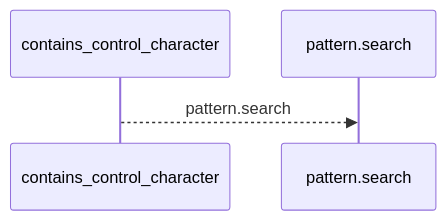
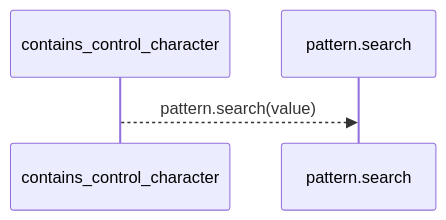
One commit to Denissvgn/python-wiki-llm changed the first of 2 diagrams in docs/llm_wiki/flows/api-contains_control_character.md. Above: the diagram before and after it, drawn with Mermaid. The commit also changed other lines of this file and 1410 other files, not shown here.

````diff
--- a/docs/llm_wiki/flows/api-contains_control_character.md
+++ b/docs/llm_wiki/flows/api-contains_control_character.md
@@ -10,6 +12,6 @@
 ```mermaid
 sequenceDiagram
     participant p0 as contains_control_character
     participant p1 as pattern.search
-    p0-->>p1: pattern.search
+    p0-->>p1: pattern.search(value)
 ```
````
